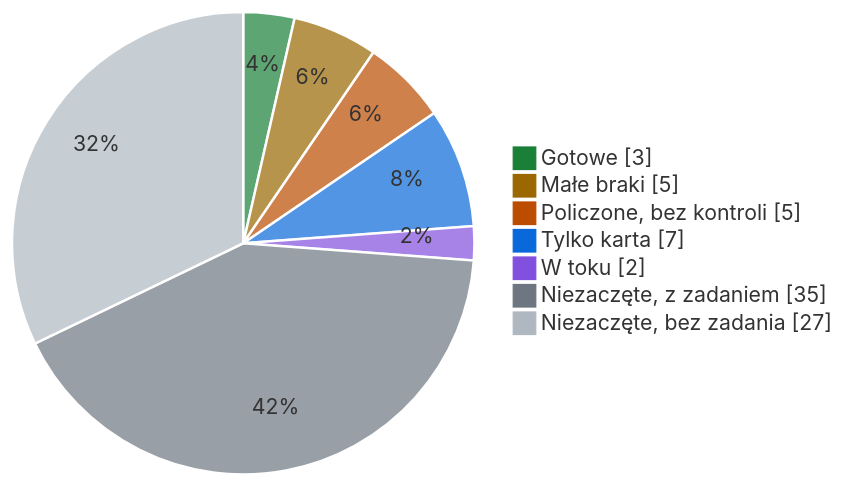
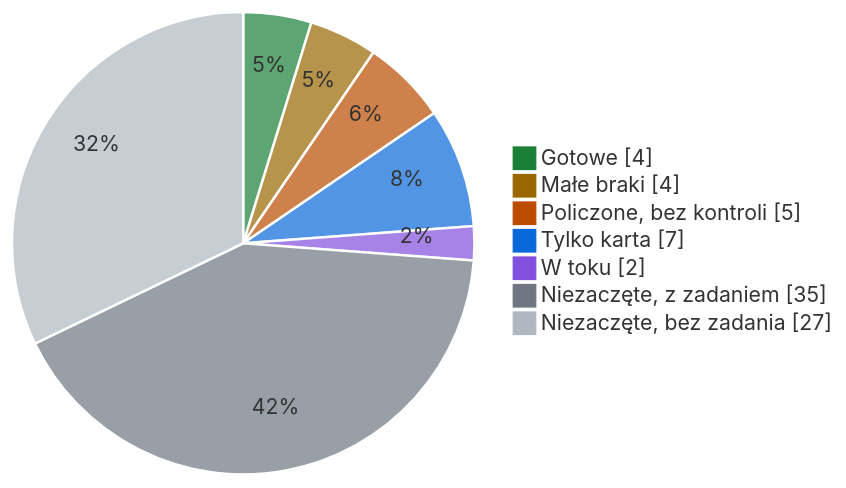
Before and after one commit to slayerlabs/benchmarks-fabryka-ai: the diagram in research/STATUS.md, drawn with Mermaid. The commit also changed other lines of this file and 6 other files, not shown here.

````diff
--- a/research/STATUS.md
+++ b/research/STATUS.md
@@ -13,11 +13,11 @@
 ```mermaid
 %%{init: {'theme': 'base', 'themeVariables': {'pie1': '#1a7f37', 'pie2': '#9a6700', 'pie3': '#bc4c00', 'pie4': '#0969da', 'pie5': '#8250df', 'pie6': '#6e7781', 'pie7': '#afb8c1', 'pieStrokeColor': '#ffffff', 'pieOuterStrokeWidth': '0px'}}}%%
 pie showData
-    "Gotowe" : 3
-    "Małe braki" : 5
+    "Gotowe" : 4
+    "Małe braki" : 4
     "Policzone, bez kontroli" : 5
     "Tylko karta" : 7
     "W toku" : 2
     "Niezaczęte, z zadaniem" : 35
     "Niezaczęte, bez zadania" : 27
 ```
````
